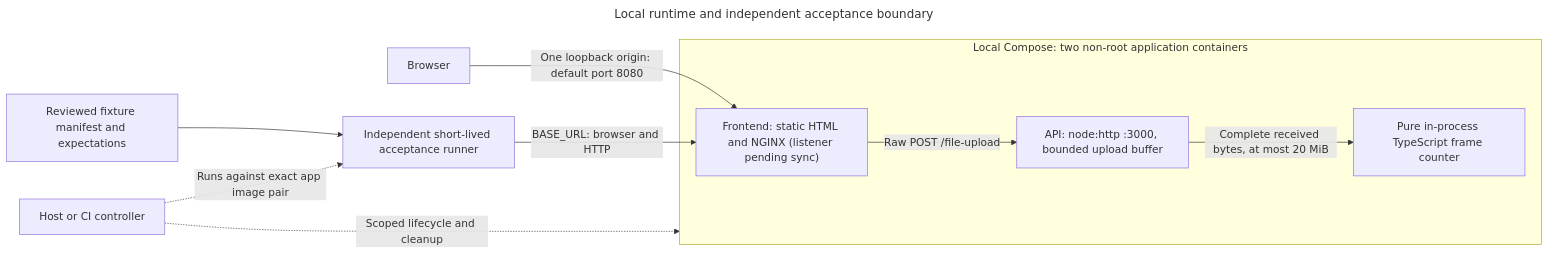
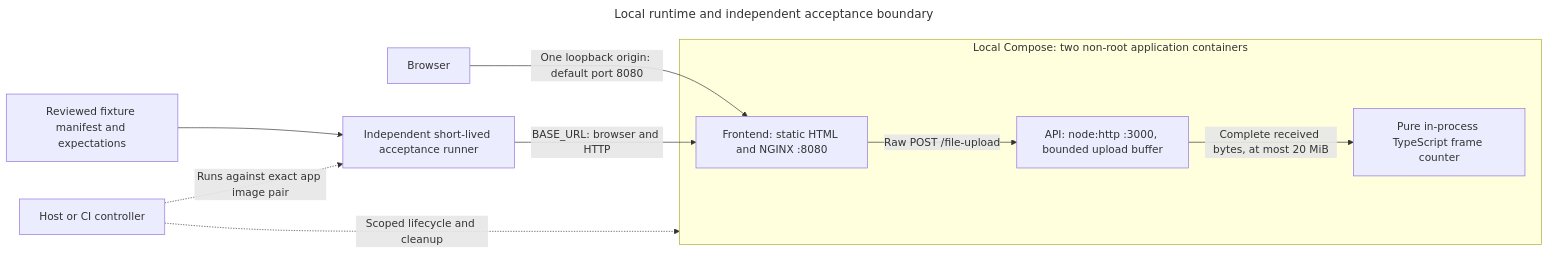
The diagram in docs/architecture/diagrams/runtime.mmd (brobro10000/mp3-frame-counter), drawn with Mermaid before and after one commit. The commit also changed 2 other files, not shown here.

Commit message:
docs: record Mermaid sync probe and restore runtime label

```diff
--- a/docs/architecture/diagrams/runtime.mmd
+++ b/docs/architecture/diagrams/runtime.mmd
@@ -1,33 +1,33 @@
 ---
 title: Local runtime and independent acceptance boundary
 query: >-
   Show the implemented local runtime as a compact flowchart. Keep the two
   Compose application containers distinct from the temporary independent
   acceptance runner and host controller. Show the single browser origin, raw
   upload proxy, bounded in-process API/parser boundary, and reviewed fixture
   inputs. This view describes local execution; do not infer cloud deployment or
   introduce services absent from the referenced source.
 references:
   - 'File: /compose.yaml'
   - 'File: /frontend/Dockerfile'
   - 'File: /frontend/nginx.conf.template'
   - 'File: /server/Dockerfile'
   - 'File: /server/src/http.ts'
   - 'File: /server/src/mp3.ts'
   - 'File: /scripts/run-e2e.mjs'
 generationTime: '2026-10-10T01:12:38.134Z'
 ---
 flowchart LR
     B["Browser"]
     subgraph LOCAL["Local Compose: two non-root application containers"]
-        F["Frontend: static HTML and NGINX (listener pending sync)"]
+        F["Frontend: static HTML and NGINX :8080"]
         A["API: node:http :3000, bounded upload buffer"]
         P["Pure in-process TypeScript frame counter"]
         F -->|"Raw POST /file-upload"| A
         A -->|"Complete received bytes, at most 20 MiB"| P
     end
     B -->|"One loopback origin: default port 8080"| F
     T["Independent short-lived acceptance runner"] -->|"BASE_URL: browser and HTTP"| F
     O["Reviewed fixture manifest and expectations"] --> T
     C["Host or CI controller"] -.->|"Scoped lifecycle and cleanup"| LOCAL
     C -.->|"Runs against exact app image pair"| T
```
